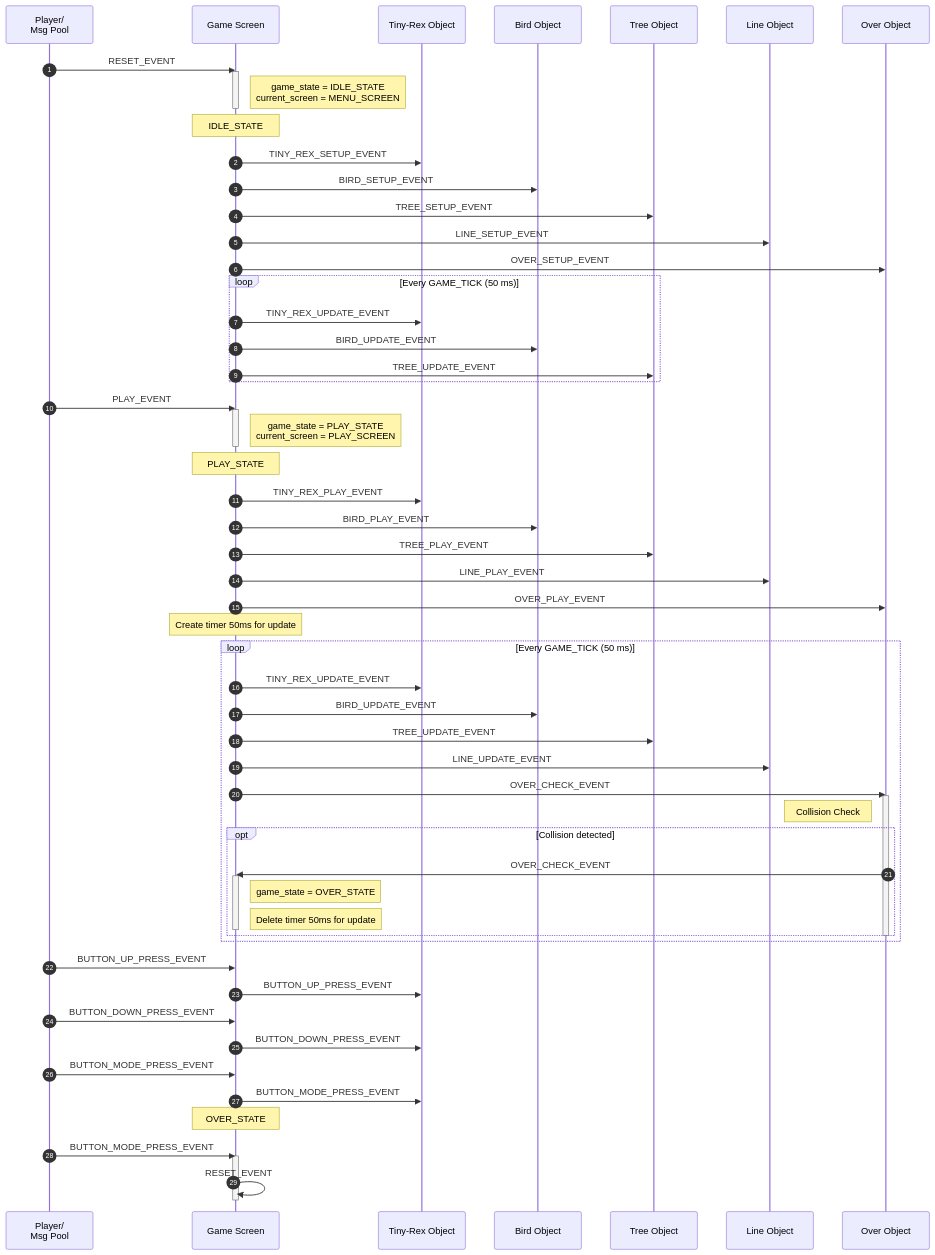
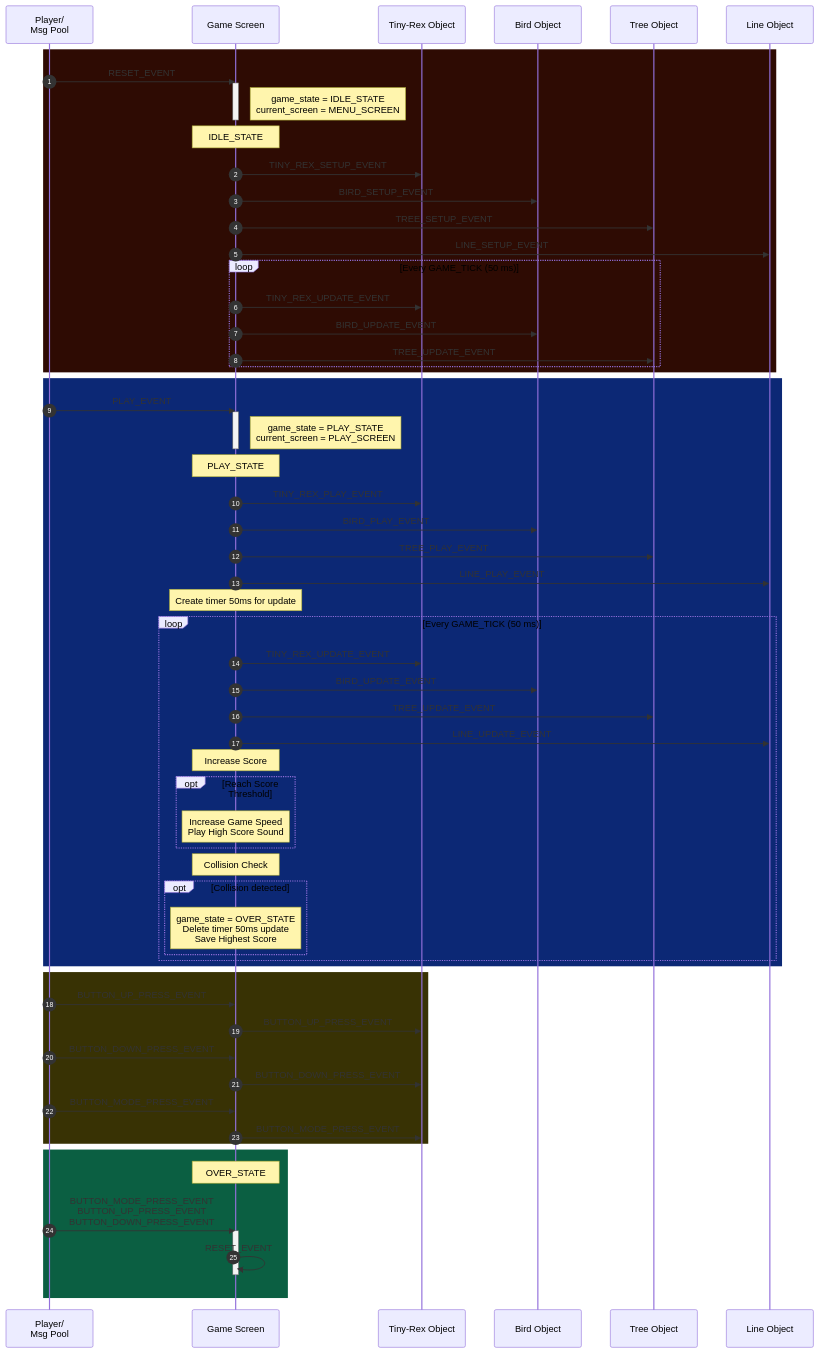
The first of 3 diagrams in README.md (truongvanvuembedded/Tiny-Rex), drawn with Mermaid before and after one commit.

Commit message:
refactor(sequence_diagram): enhance game state management and collision detection logic

````diff
--- a/README.md
+++ b/README.md
@@ -120,11 +120,11 @@
     participant Bird as Bird Object
     participant Tree as Tree Object
     participant Line as Line Object
-    participant Over_Chk as Over Object
 
     %%========================
     %% Reset Game
     %%========================
+    rect rgb(46, 11, 3)
     Act->>Scr: RESET_EVENT
     activate Scr
     Note right of Scr: game_state = IDLE_STATE<br/>current_screen = MENU_SCREEN
@@ -135,18 +135,18 @@
     Scr->>Bird: BIRD_SETUP_EVENT
     Scr->>Tree: TREE_SETUP_EVENT
     Scr->>Line: LINE_SETUP_EVENT
-    Scr->>Over_Chk: OVER_SETUP_EVENT
 
     loop Every GAME_TICK (50 ms)
-
         Scr->>Rex: TINY_REX_UPDATE_EVENT
         Scr->>Bird: BIRD_UPDATE_EVENT
         Scr->>Tree: TREE_UPDATE_EVENT
+    end
     end
 
     %%========================
     %% Start Game
     %%========================
+    rect rgb(12, 40, 117)
     Act->>Scr: PLAY_EVENT
     activate Scr
     Note right of Scr: game_state = PLAY_STATE<br/>current_screen = PLAY_SCREEN
@@ -157,7 +157,7 @@
     Scr->>Bird: BIRD_PLAY_EVENT
     Scr->>Tree: TREE_PLAY_EVENT
     Scr->>Line: LINE_PLAY_EVENT
-    Scr->>Over_Chk: OVER_PLAY_EVENT
+
     Note over Scr: Create timer 50ms for update
 
     loop Every GAME_TICK (50 ms)
@@ -166,34 +166,46 @@
         Scr->>Bird: BIRD_UPDATE_EVENT
         Scr->>Tree: TREE_UPDATE_EVENT
         Scr->>Line: LINE_UPDATE_EVENT
-        Scr->>Over_Chk: OVER_CHECK_EVENT
-        activate Over_Chk
-        Note left of Over_Chk: Collision Check
-            opt Collision detected
-                Over_Chk->>Scr: OVER_CHECK_EVENT
-                    activate Scr
-                    Note right of Scr: game_state = OVER_STATE
-                    Note right of Scr: Delete timer 50ms for update
-                    deactivate Scr
-            end
-        deactivate Over_Chk
+
+        Note over Scr: Increase Score
+
+        opt Reach Score Threshold
+            Note over Scr: Increase Game Speed<br/>Play High Score Sound
+        end
+
+        Note over Scr: Collision Check
+
+        opt Collision detected
+            Note over Scr: game_state = OVER_STATE<br/>Delete timer 50ms update<br/>Save Highest Score
+        end
+
+    end
     end
 
+    %%========================
+    %% Player Input
+    %%========================
+    rect rgb(56, 50, 4)
     Act->>Scr: BUTTON_UP_PRESS_EVENT
     Scr->>Rex: BUTTON_UP_PRESS_EVENT
+
     Act->>Scr: BUTTON_DOWN_PRESS_EVENT
     Scr->>Rex: BUTTON_DOWN_PRESS_EVENT
+
     Act->>Scr: BUTTON_MODE_PRESS_EVENT
     Scr->>Rex: BUTTON_MODE_PRESS_EVENT
+    end
 
     %%========================
     %% Game Over
     %%========================
+    rect rgb(11, 95, 66)
+    Note over Scr: OVER_STATE
 
-    Note over Scr: OVER_STATE
-    Act->>Scr: BUTTON_MODE_PRESS_EVENT
+    Act->>Scr: BUTTON_MODE_PRESS_EVENT<br/>BUTTON_UP_PRESS_EVENT<br/>BUTTON_DOWN_PRESS_EVENT
+
     activate Scr
     Scr->>Scr: RESET_EVENT
     deactivate Scr
-
+    end
 ```
````
